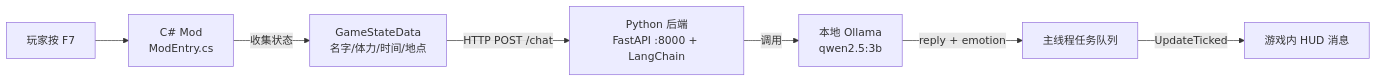
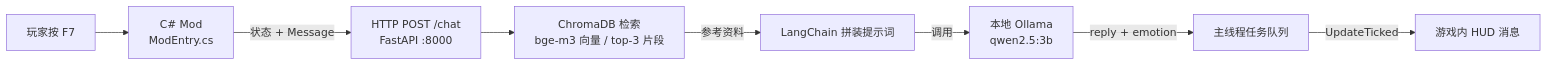
Before and after one commit to yunzi233/StardewValley_AI_Companion: the diagram in README.md, drawn with Mermaid. The commit also changed other lines of this file and 11 other files, not shown here.

Commit message:
完成 RAG 知识库阶段：ChromaDB + bge-m3 检索，接入测试问题池

````diff
--- a/README.md
+++ b/README.md
@@ -20,9 +28,10 @@
 ```mermaid
 flowchart LR
     A[玩家按 F7] --> B[C# Mod<br/>ModEntry.cs]
-    B -->|收集状态| C[GameStateData<br/>名字/体力/时间/地点]
-    C -->|HTTP POST /chat| D[Python 后端<br/>FastAPI :8000 + LangChain]
+    B -->|状态 + Message| C[HTTP POST /chat<br/>FastAPI :8000]
+    C --> R[ChromaDB 检索<br/>bge-m3 向量 / top-3 片段]
+    R -->|参考资料| D[LangChain 拼装提示词]
     D -->|调用| D2[本地 Ollama<br/>qwen2.5:3b]
     D2 -->|reply + emotion| E[主线程任务队列]
     E -->|UpdateTicked| F[游戏内 HUD 消息]
 ```
````
